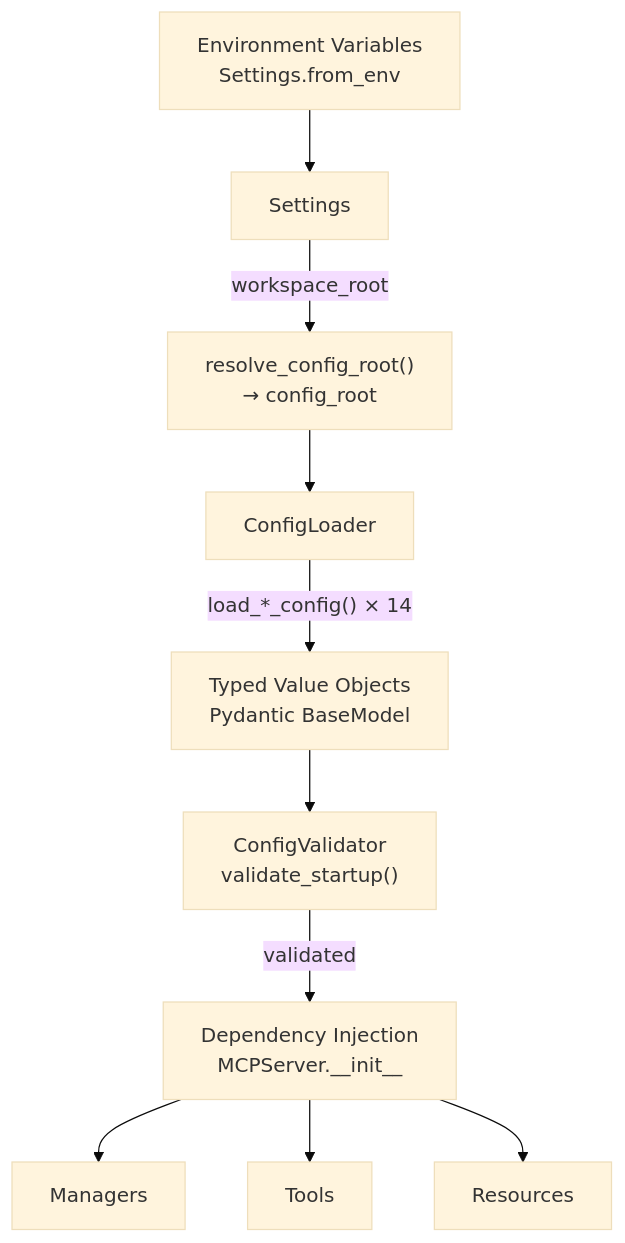
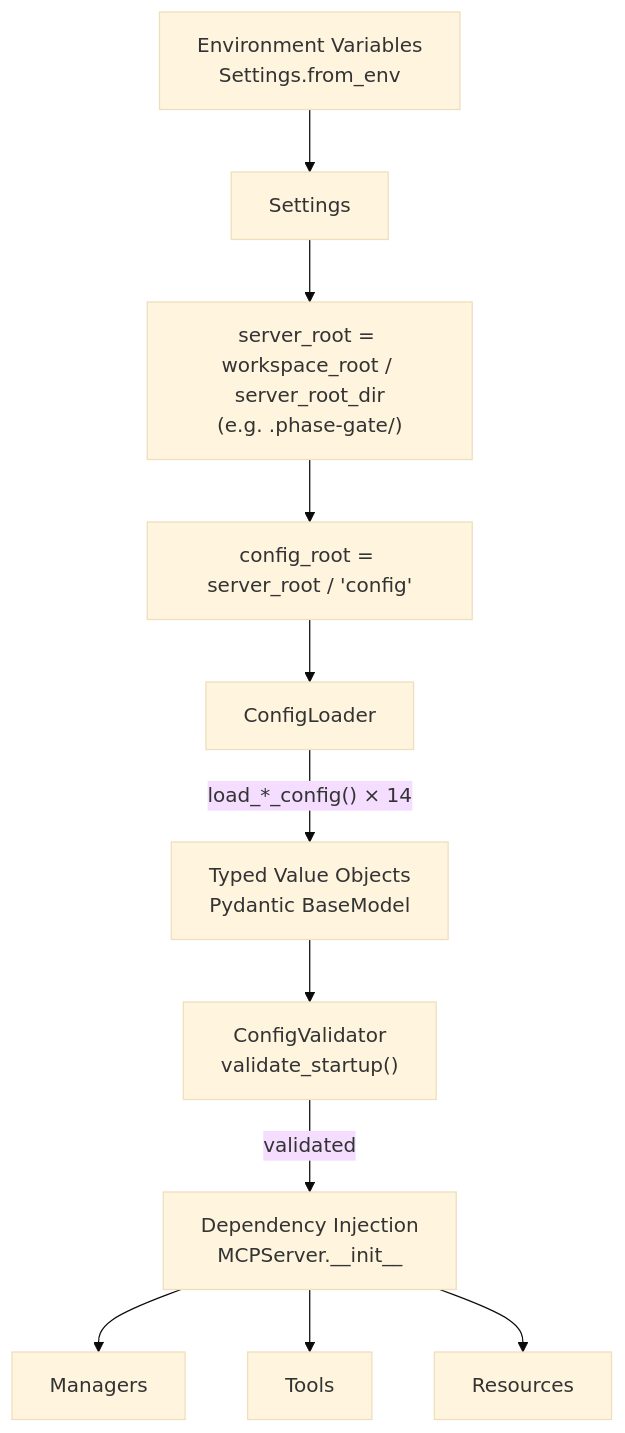
One commit to MikeyVK/phase-gate-mcp changed the first of 5 diagrams in docs/reference/mcp/config-loading-architecture.md. Above: the diagram before and after it, drawn with Mermaid (base theme). The commit also changed other lines of this file and 12 other files, not shown here.

Commit message:
docs(P_DOCUMENTATION): update all active docs: .phase-gate/, pgmcp://, phase-gate-mcp, server_root_dir/MCP_SERVER_PROJECT_DIR; close C2-C6 checkboxes; add C7 to planning cycle table

````diff
--- a/docs/reference/mcp/config-loading-architecture.md
+++ b/docs/reference/mcp/config-loading-architecture.md
@@ -21,12 +21,13 @@
 ```mermaid
 flowchart TD
     ENV["Environment Variables<br/>Settings.from_env"] --> S[Settings]
-    S --> |workspace_root| CR["resolve_config_root()<br/>→ config_root"]
+    S --> SR["server_root = workspace_root / server_root_dir<br/>(e.g. .phase-gate/)"] 
+    SR --> CR["config_root = server_root / 'config'"]
     CR --> CL[ConfigLoader]
     CL --> |"load_*_config() × 14"| VO["Typed Value Objects<br/>Pydantic BaseModel"]
     VO --> CV["ConfigValidator<br/>validate_startup()"]
     CV --> |validated| DI["Dependency Injection<br/>MCPServer.__init__"]
     DI --> MGR[Managers]
     DI --> TOOLS[Tools]
     DI --> RES[Resources]
 ```
````
